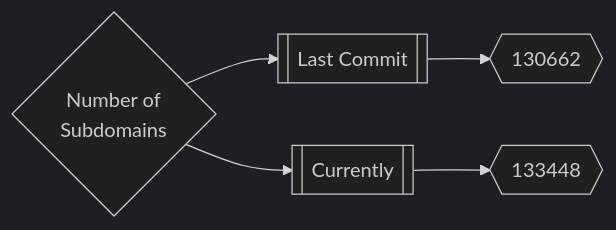
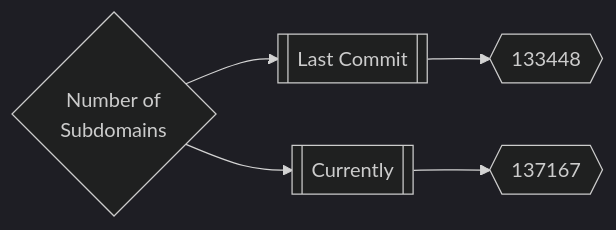
The first of 3 diagrams in README.md (trickest/inventory), drawn with Mermaid (dark theme) before and after one commit. The commit also changed other lines of this file, not shown here.

Commit message:
Update Wed Mar  9 04:09:31 UTC 2022

````diff
--- a/README.md
+++ b/README.md
@@ -165,5 +165,5 @@
 ```mermaid
 graph LR
-title{Number of<br>Subdomains} --> subdomainsDate1[[Last Commit]] --> subdomainsNum1{{130662}}
-title --> subdomainsDate2[[Currently]] --> subdomainsNum2{{133448}}
+title{Number of<br>Subdomains} --> subdomainsDate1[[Last Commit]] --> subdomainsNum1{{133448}}
+title --> subdomainsDate2[[Currently]] --> subdomainsNum2{{137167}}
 ```
````
